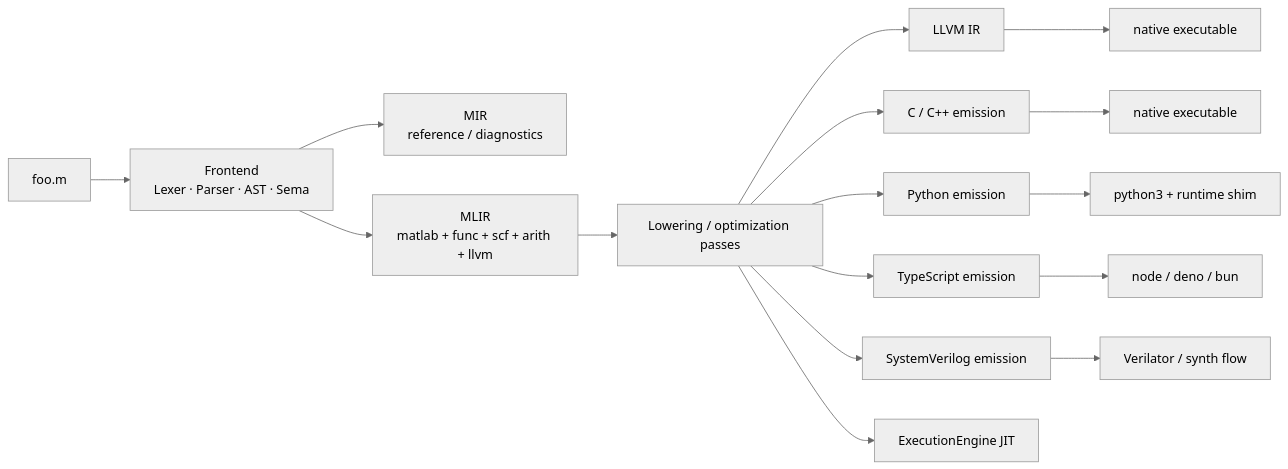
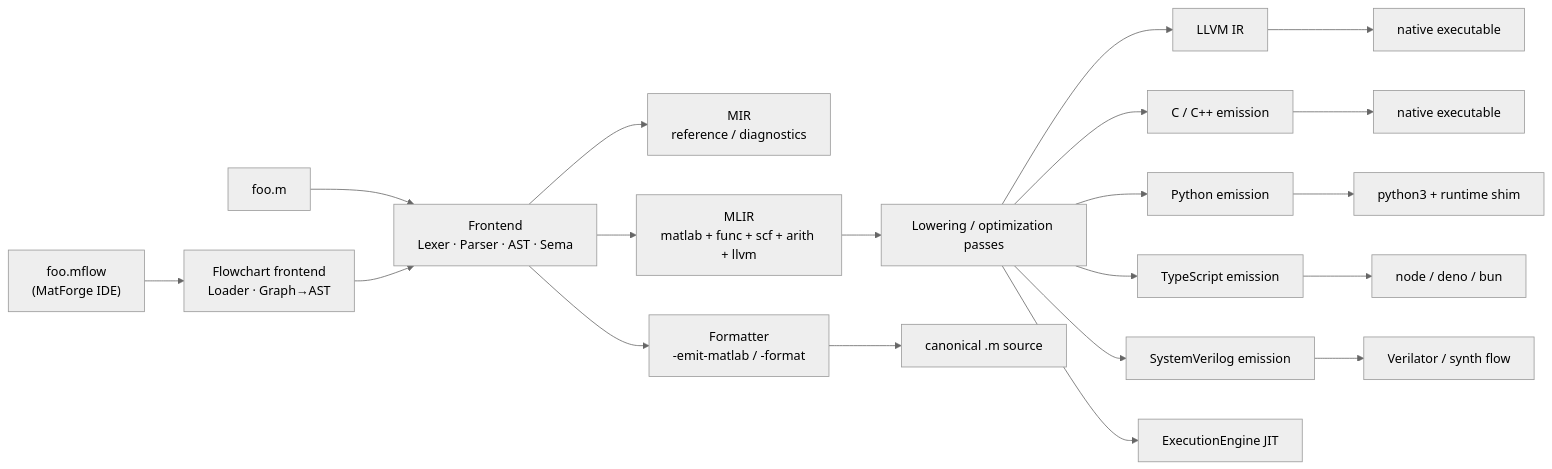
One commit to leonardoaraujosantos/matlab_llvm changed the diagram in README.md. Above: the diagram before and after it, drawn with Mermaid (neutral theme). The commit also changed other lines of this file and 1 other file, not shown here.

First line of the commit message:
docs(readme,justfile): wire .mflow / -emit-matlab into the project surface

````diff
--- a/README.md
+++ b/README.md
@@ -299,18 +321,22 @@
 ```mermaid
 flowchart LR
-  src["foo.m"] --> FE["Frontend<br/>Lexer · Parser · AST · Sema"]
+  src1["foo.m"] --> FE["Frontend<br/>Lexer · Parser · AST · Sema"]
+  src2["foo.mflow<br/>(MatForge IDE)"] --> FC["Flowchart frontend<br/>Loader · Graph→AST"]
+  FC --> FE
   FE --> MIR["MIR<br/>reference / diagnostics"]
   FE --> MLIR["MLIR<br/>matlab + func + scf + arith + llvm"]
+  FE --> FMT["Formatter<br/>-emit-matlab / -format"]
   MLIR --> Passes["Lowering / optimization passes"]
   Passes --> LLVM["LLVM IR"]
   Passes --> C["C / C++ emission"]
   Passes --> PY["Python emission"]
   Passes --> TS["TypeScript emission"]
   Passes --> SV["SystemVerilog emission"]
   Passes --> JIT["ExecutionEngine JIT"]
   LLVM --> EXE1["native executable"]
   C --> EXE2["native executable"]
   PY --> EXE3["python3 + runtime shim"]
   TS --> EXE4["node / deno / bun"]
   SV --> EXE5["Verilator / synth flow"]
+  FMT --> MOUT["canonical .m source"]
 ```
````
